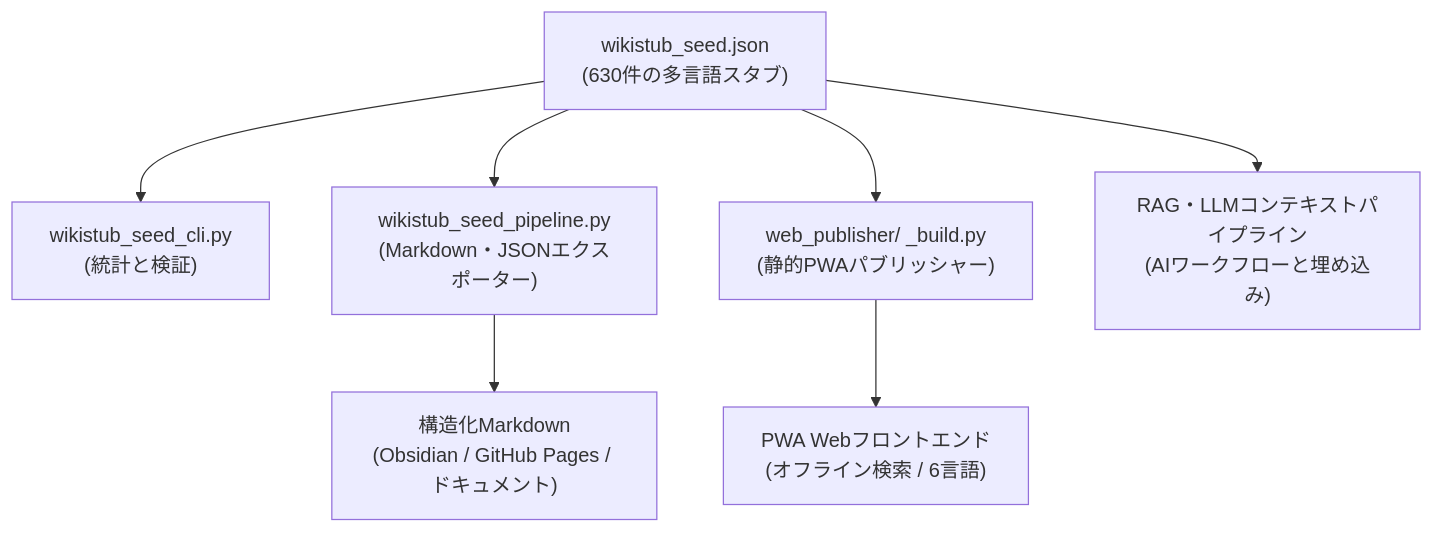
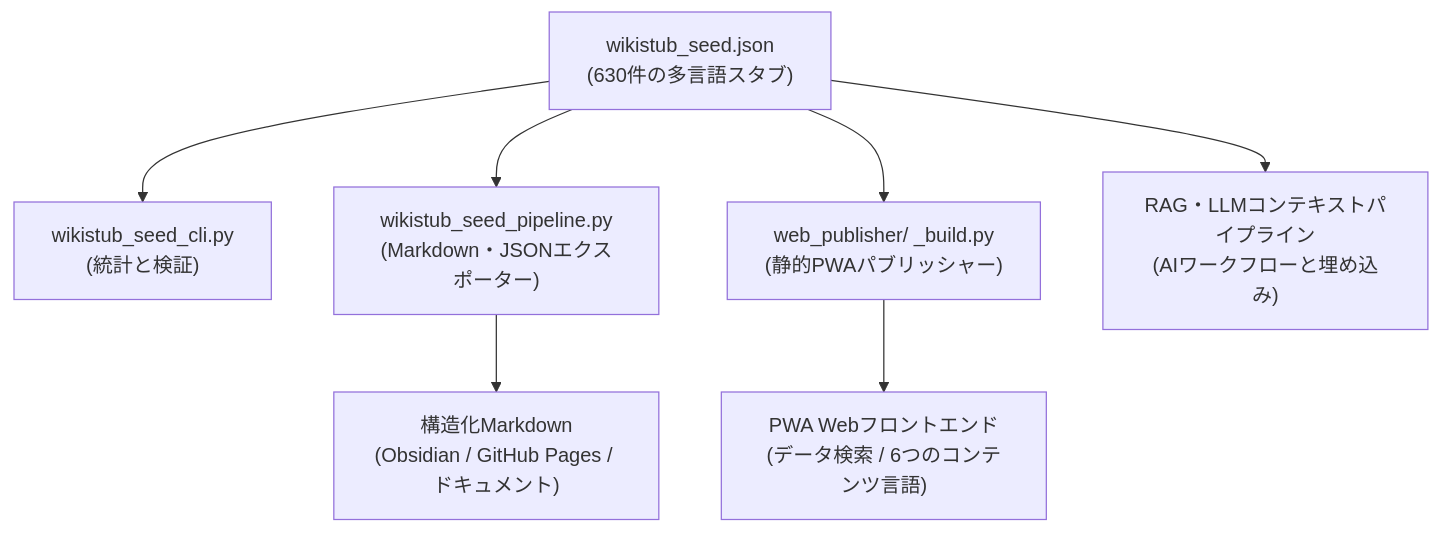
One commit to dev-bricks/WikiStub-Seed changed the diagram in README_ja.md. Above: the diagram before and after it, drawn with Mermaid. The commit also changed other lines of this file and 32 other files, not shown here.

````diff
--- a/README_ja.md
+++ b/README_ja.md
@@ -50,9 +43,9 @@
 ```mermaid
 flowchart TD
     A["wikistub_seed.json<br/>(630件の多言語スタブ)"] --> B["wikistub_seed_cli.py<br/>(統計と検証)"]
     A --> C["wikistub_seed_pipeline.py<br/>(Markdown・JSONエクスポーター)"]
     A --> D["web_publisher/ _build.py<br/>(静的PWAパブリッシャー)"]
     A --> E["RAG・LLMコンテキストパイプライン<br/>(AIワークフローと埋め込み)"]
     C --> F["構造化Markdown<br/>(Obsidian / GitHub Pages / ドキュメント)"]
-    D --> G["PWA Webフロントエンド<br/>(オフライン検索 / 6言語)"]
+    D --> G["PWA Webフロントエンド<br/>(データ検索 / 6つのコンテンツ言語)"]
 ```
````
